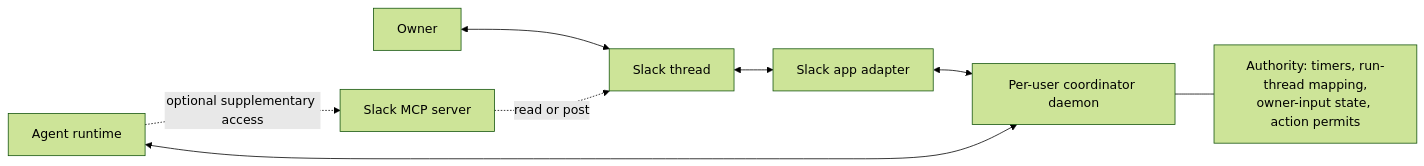
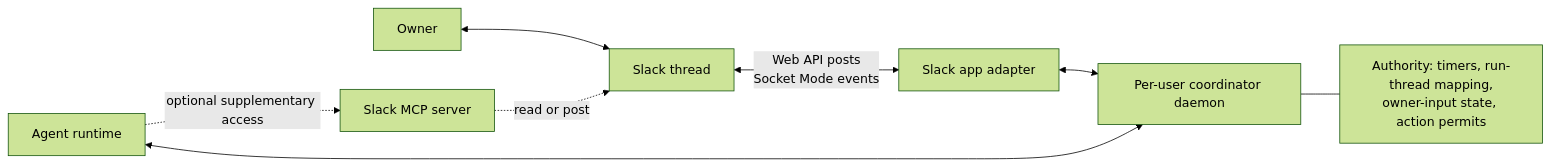
One commit to MarkTripoli/skills changed the first of 3 diagrams in .agents/tasks/i-want-new-skill/03-tdd-slack-agent-communication.md. Above: the diagram before and after it, drawn with Mermaid (forest theme). The commit also changed other lines of this file, not shown here.

````diff
--- a/.agents/tasks/i-want-new-skill/03-tdd-slack-agent-communication.md
+++ b/.agents/tasks/i-want-new-skill/03-tdd-slack-agent-communication.md
@@ -20,11 +20,11 @@
 ```mermaid
 flowchart LR
     O[Owner] <--> ST[Slack thread]
-    ST <--> SA[Slack app adapter]
+    ST <-->|Web API posts<br/>Socket Mode events| SA[Slack app adapter]
     SA <--> C[Per-user coordinator daemon]
     A[Agent runtime] <--> C
     A -. optional supplementary access .-> MCP[Slack MCP server]
     MCP -. read or post .-> ST
 
     C --- AUTH["Authority: timers, run-thread mapping,<br/>owner-input state, action permits"]
 ```
````
